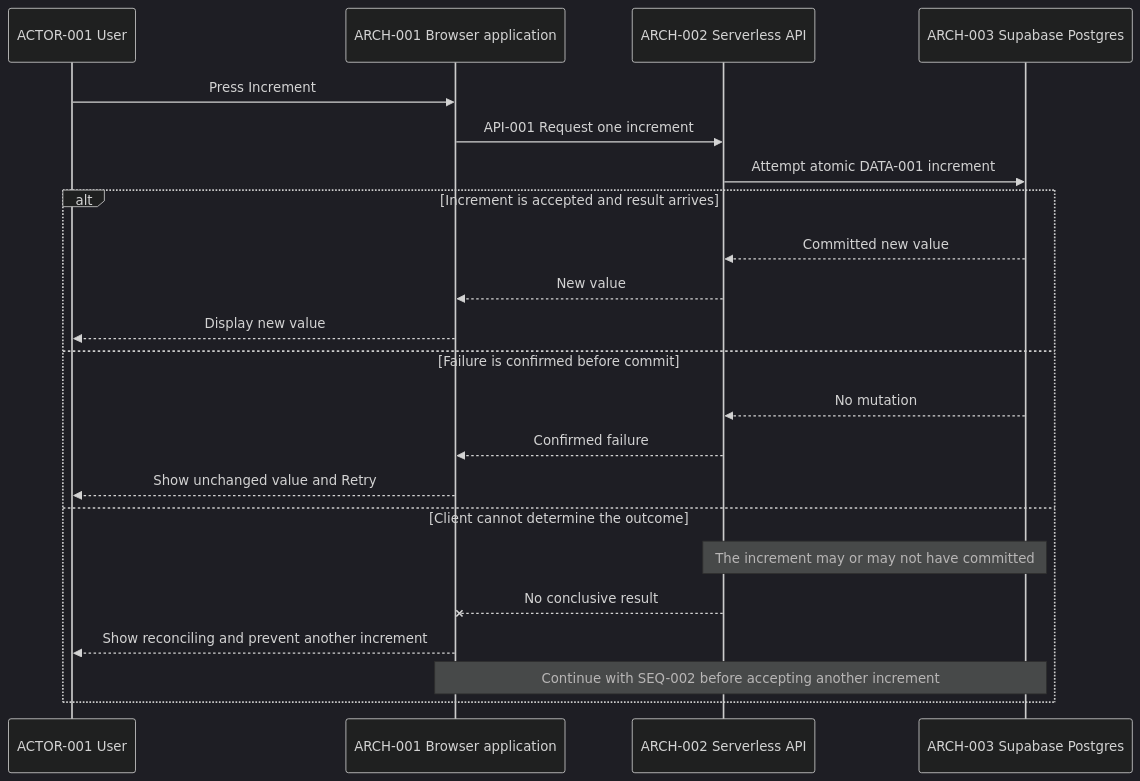
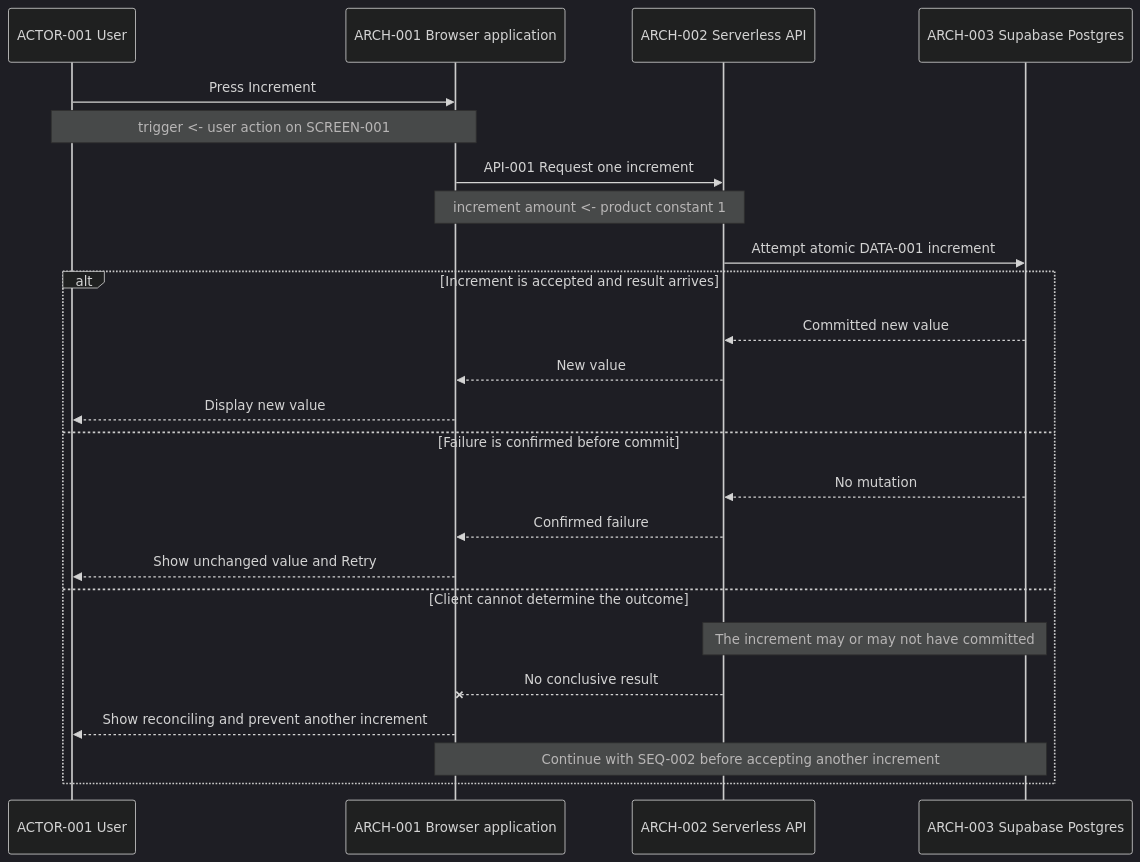
The first of 2 diagrams in skills/product-intent-manager/assets/example-product-intent-package/sequences/sequences.md (swabbie-dev/product-intent-package), drawn with Mermaid (dark theme) before and after one commit. The commit also changed other lines of this file and 20 other files, not shown here.

````diff
--- a/skills/product-intent-manager/assets/example-product-intent-package/sequences/sequences.md
+++ b/skills/product-intent-manager/assets/example-product-intent-package/sequences/sequences.md
@@ -7,25 +9,27 @@
 ```mermaid
 sequenceDiagram
   participant U as ACTOR-001 User
   participant B as ARCH-001 Browser application
   participant S as ARCH-002 Serverless API
   participant D as ARCH-003 Supabase Postgres
 
   U->>B: Press Increment
+  Note over U,B: trigger <- user action on SCREEN-001
   B->>S: API-001 Request one increment
+  Note over B,S: increment amount <- product constant 1
   S->>D: Attempt atomic DATA-001 increment
   alt Increment is accepted and result arrives
     D-->>S: Committed new value
     S-->>B: New value
     B-->>U: Display new value
   else Failure is confirmed before commit
     D-->>S: No mutation
     S-->>B: Confirmed failure
     B-->>U: Show unchanged value and Retry
   else Client cannot determine the outcome
     Note over S,D: The increment may or may not have committed
     S--xB: No conclusive result
     B-->>U: Show reconciling and prevent another increment
     Note over B,D: Continue with SEQ-002 before accepting another increment
   end
 ```
````
